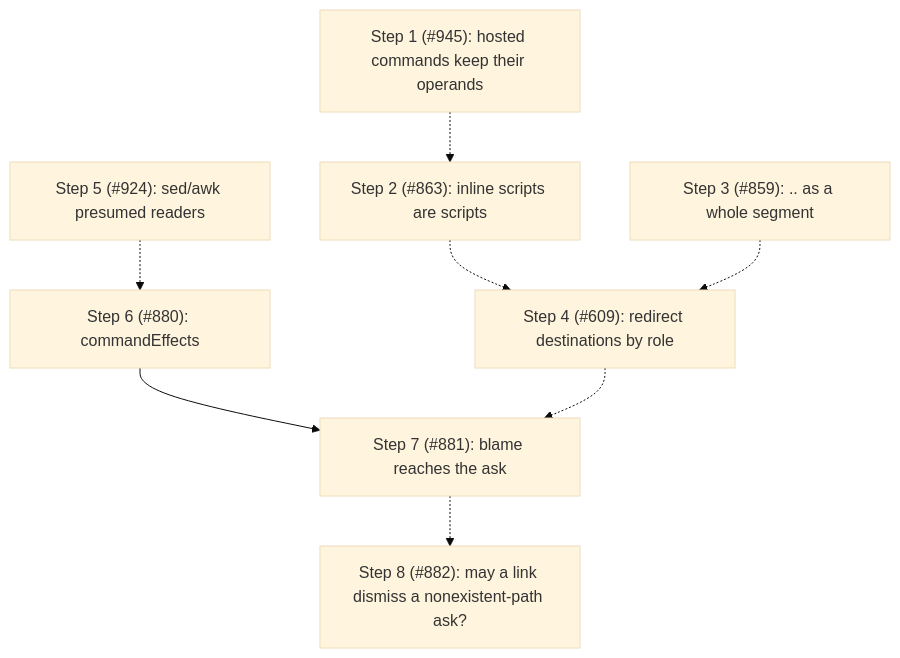
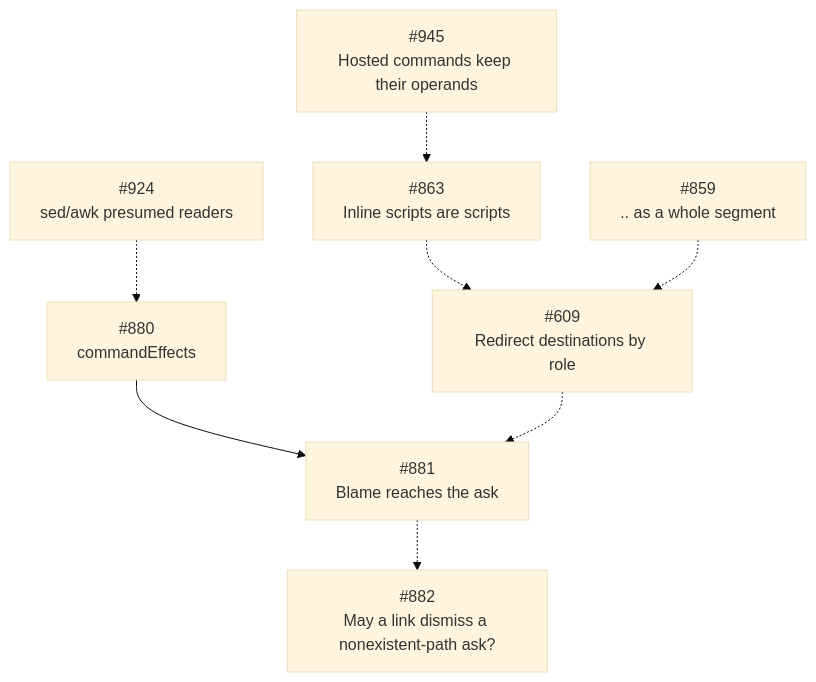
One commit to Jopqior/gotgenes-pi-packages changed the fourth of 4 diagrams in packages/pi-permission-system/docs/architecture/architecture.md. Above: the diagram before and after it, drawn with Mermaid (base theme). The commit also changed other lines of this file and 2 other files, not shown here.

````diff
--- a/packages/pi-permission-system/docs/architecture/architecture.md
+++ b/packages/pi-permission-system/docs/architecture/architecture.md
@@ -1358,10 +1359,10 @@
 ```mermaid
 flowchart TD
-    S1["Step 1 (#945): hosted commands keep their operands"] -.-> S2["Step 2 (#863): inline scripts are scripts"]
-    S2 -.-> S4["Step 4 (#609): redirect destinations by role"]
-    S3["Step 3 (#859): .. as a whole segment"] -.-> S4
-    S5["Step 5 (#924): sed/awk presumed readers"] -.-> S6["Step 6 (#880): commandEffects"]
-    S6 --> S7["Step 7 (#881): blame reaches the ask"]
-    S4 -.-> S7
-    S7 -.-> S8["Step 8 (#882): may a link dismiss a nonexistent-path ask?"]
+    S945["#945<br/>Hosted commands keep their operands"] -.-> S863["#863<br/>Inline scripts are scripts"]
+    S863 -.-> S609["#609<br/>Redirect destinations by role"]
+    S859["#859<br/>.. as a whole segment"] -.-> S609
+    S924["#924<br/>sed/awk presumed readers"] -.-> S880["#880<br/>commandEffects"]
+    S880 --> S881["#881<br/>Blame reaches the ask"]
+    S609 -.-> S881
+    S881 -.-> S882["#882<br/>May a link dismiss a nonexistent-path ask?"]
 ```
````
